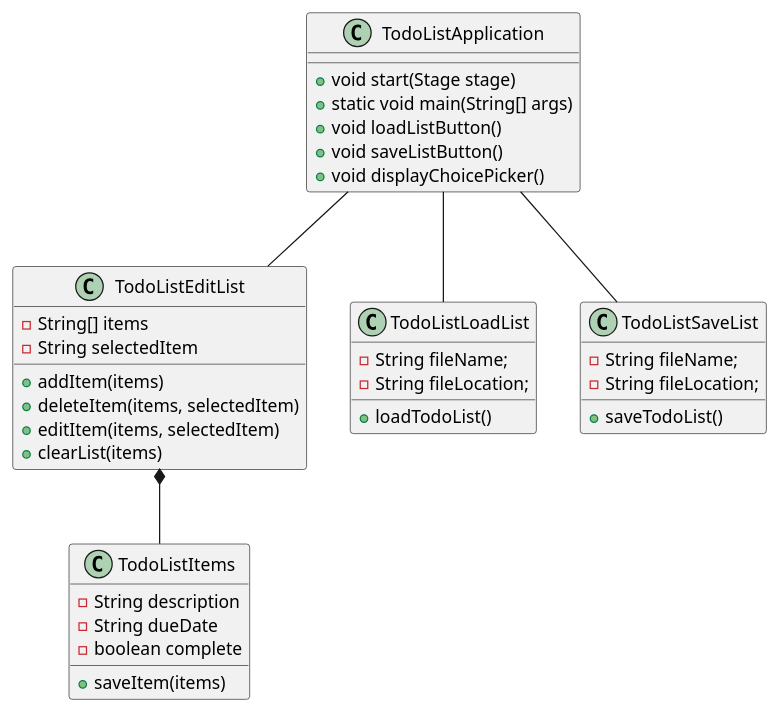
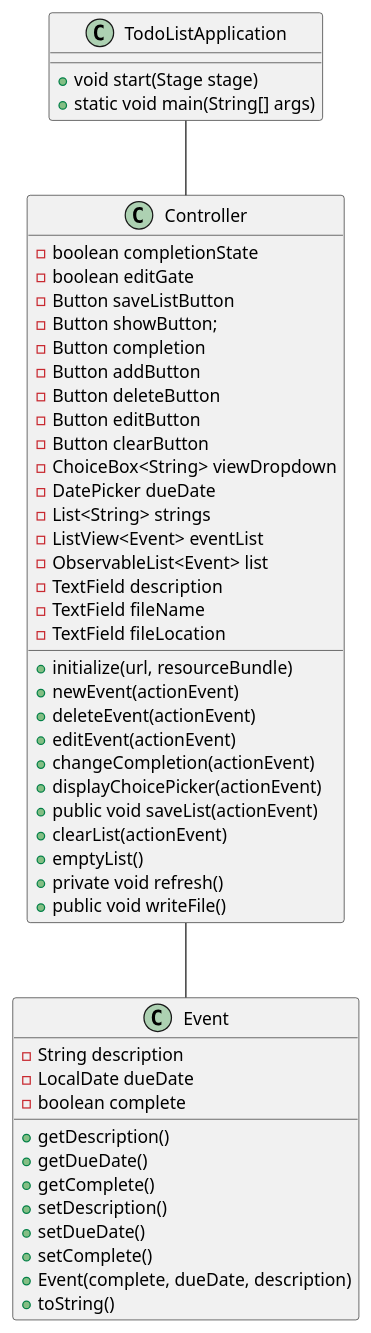
One commit to aidane1023/earnest-app1-impl changed the diagram in earnest-app1-imp1/docs/TodoListApplicationUML.puml. Above: the diagram before and after it, drawn with PlantUML. The commit also changed 31 other files, not shown here.

```diff
--- a/earnest-app1-imp1/docs/TodoListApplicationUML.puml
+++ b/earnest-app1-imp1/docs/TodoListApplicationUML.puml
@@ -1,47 +1,57 @@
 @startuml
 
+TodoListApplication -- Controller
+Controller -- Event
 
-
-TodoListApplication -- TodoListEditList
-TodoListApplication -- TodoListLoadList
-TodoListApplication -- TodoListSaveList
-TodoListEditList *-- TodoListItems
-
-
-class TodoListItems {
+class Event {
     - String description
-    - String dueDate
+    - LocalDate dueDate
     - boolean complete
-    + saveItem(items)
+    + getDescription()
+    + getDueDate()
+    + getComplete()
+    + setDescription()
+    + setDueDate()
+    + setComplete()
+    + Event(complete, dueDate, description)
+    + toString()
 }
 
-class TodoListEditList {
-    - String[] items
-    - String selectedItem
-    + addItem(items)
-    + deleteItem(items, selectedItem)
-    + editItem(items, selectedItem)
-    + clearList(items)
-}
-
-class TodoListLoadList {
-    -String fileName;
-    -String fileLocation;
-    +loadTodoList()
-}
-
-class TodoListSaveList {
-    -String fileName;
-    -String fileLocation;
-    +saveTodoList()
+class Controller {
+    - boolean completionState
+    - boolean editGate
+    - Button saveListButton
+    - Button showButton;
+    - Button completion
+    - Button addButton
+    - Button deleteButton
+    - Button editButton
+    - Button clearButton
+    - ChoiceBox<String> viewDropdown
+    - DatePicker dueDate
+    - List<String> strings
+    - ListView<Event> eventList
+    - ObservableList<Event> list
+    - TextField description
+    - TextField fileName
+    - TextField fileLocation
+    + initialize(url, resourceBundle)
+    + newEvent(actionEvent)
+    + deleteEvent(actionEvent)
+    + editEvent(actionEvent)
+    + changeCompletion(actionEvent)
+    + displayChoicePicker(actionEvent)
+    + public void saveList(actionEvent)
+    + clearList(actionEvent)
+    + emptyList()
+    + private void refresh()
+    + public void writeFile()
 }
 
 class TodoListApplication {
     + void start(Stage stage)
     + static void main(String[] args)
-    + void loadListButton()
-    + void saveListButton()
-    + void displayChoicePicker()
+
 }
 
 @enduml
```
